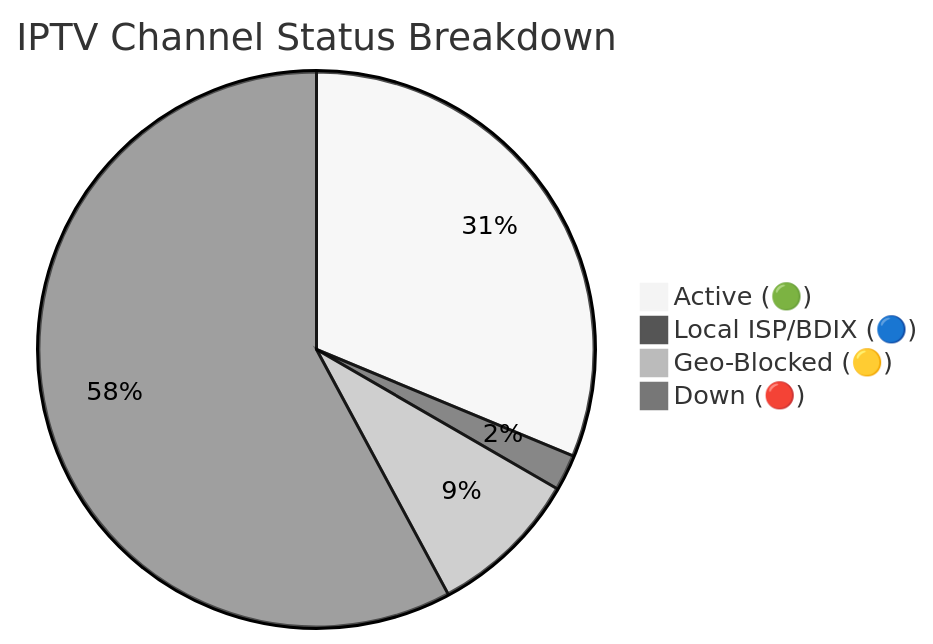
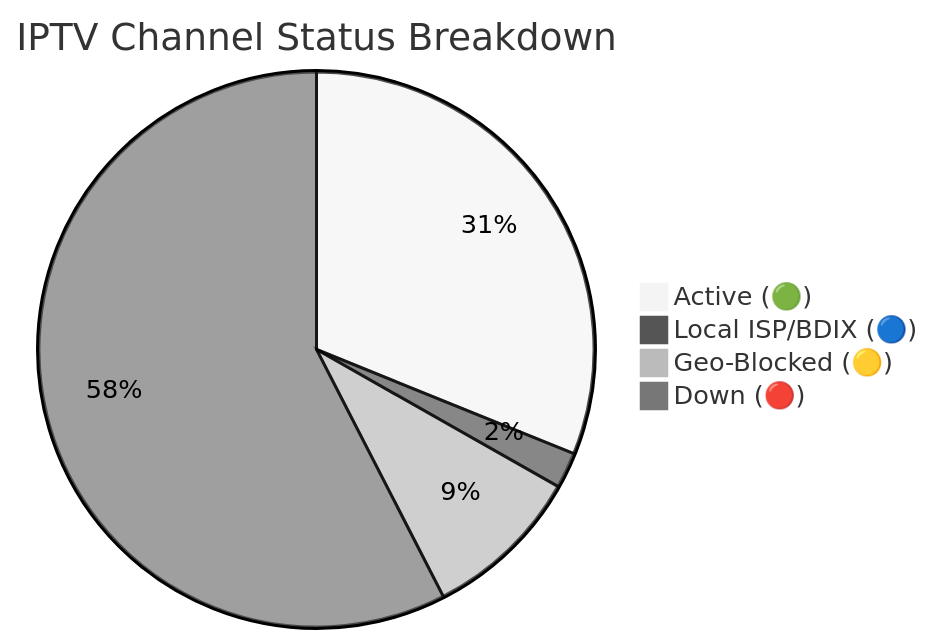
Before and after one commit to andreataylord/Ip-tv-Collection: the diagram in README.md, drawn with Mermaid (neutral theme). The commit also changed other lines of this file and 1 other file, not shown here.

Commit message:
docs(readme): auto-update daily channel status chart

````diff
--- a/README.md
+++ b/README.md
@@ -59,7 +59,7 @@
 ```mermaid
 pie title IPTV Channel Status Breakdown
-    "Active (🟢)" : 2321
+    "Active (🟢)" : 2311
     "Local ISP/BDIX (🔵)" : 155
-    "Geo-Blocked (🟡)" : 653
-    "Down (🔴)" : 4296
+    "Geo-Blocked (🟡)" : 686
+    "Down (🔴)" : 4273
 ```
````
